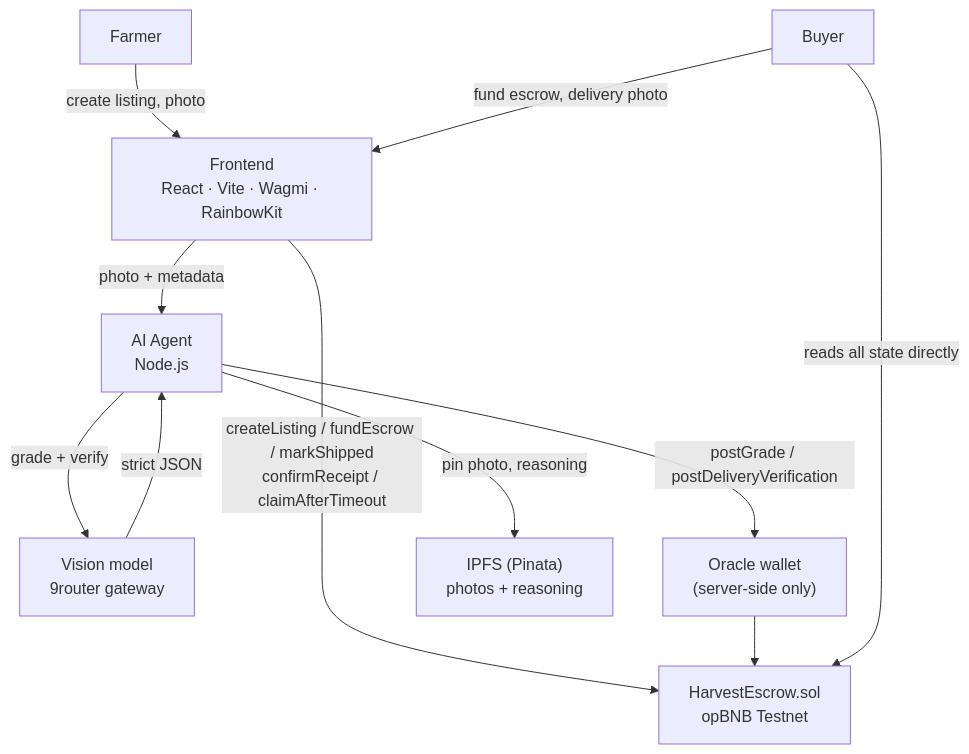
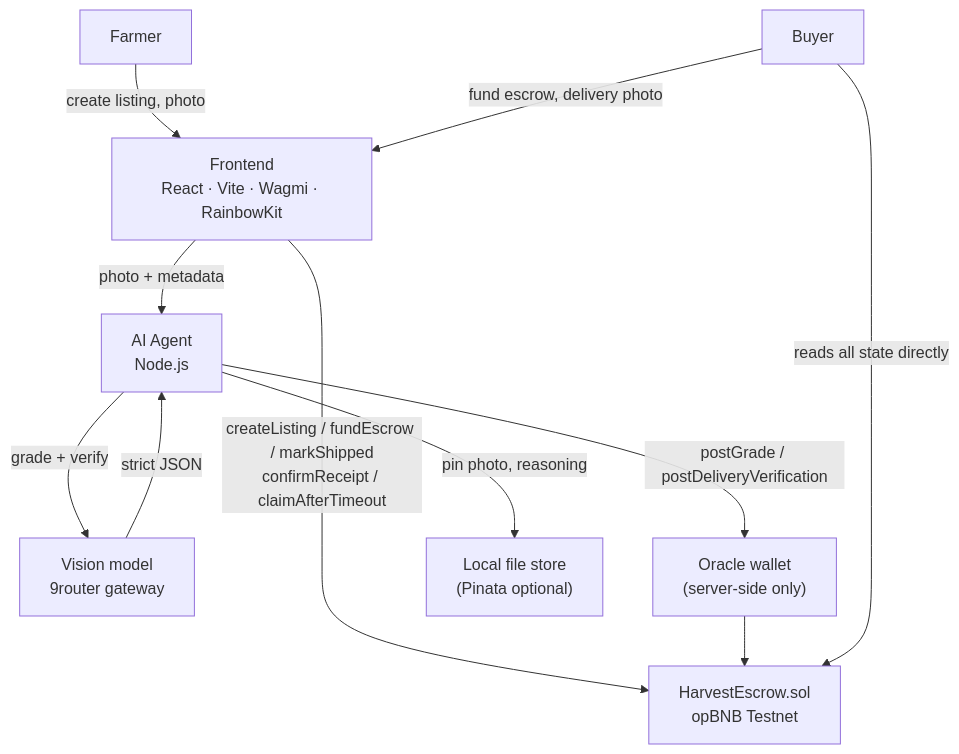
The diagram in SUBMISSION.md (gfhinrel-arch/veripanen), drawn with Mermaid before and after one commit. The commit also changed other lines of this file and 9 other files, not shown here.

````diff
--- a/SUBMISSION.md
+++ b/SUBMISSION.md
@@ -40,22 +40,22 @@
 ```mermaid
 flowchart TD
     F["Farmer"]
     B["Buyer"]
     FE["Frontend<br/>React · Vite · Wagmi · RainbowKit"]
     AG["AI Agent<br/>Node.js"]
     AI["Vision model<br/>9router gateway"]
     OR["Oracle wallet<br/>(server-side only)"]
     SC["HarvestEscrow.sol<br/>opBNB Testnet"]
-    IPFS["IPFS (Pinata)<br/>photos + reasoning"]
+    IPFS["Local file store<br/>(Pinata optional)"]
 
     F -->|"create listing, photo"| FE
     B -->|"fund escrow, delivery photo"| FE
     FE -->|"photo + metadata"| AG
     FE -->|"createListing / fundEscrow / markShipped<br/>confirmReceipt / claimAfterTimeout"| SC
     AG -->|"grade + verify"| AI
     AI -->|"strict JSON"| AG
     AG -->|"postGrade / postDeliveryVerification"| OR
     OR --> SC
     AG -->|"pin photo, reasoning"| IPFS
     B -->|"reads all state directly"| SC
 ```
````
